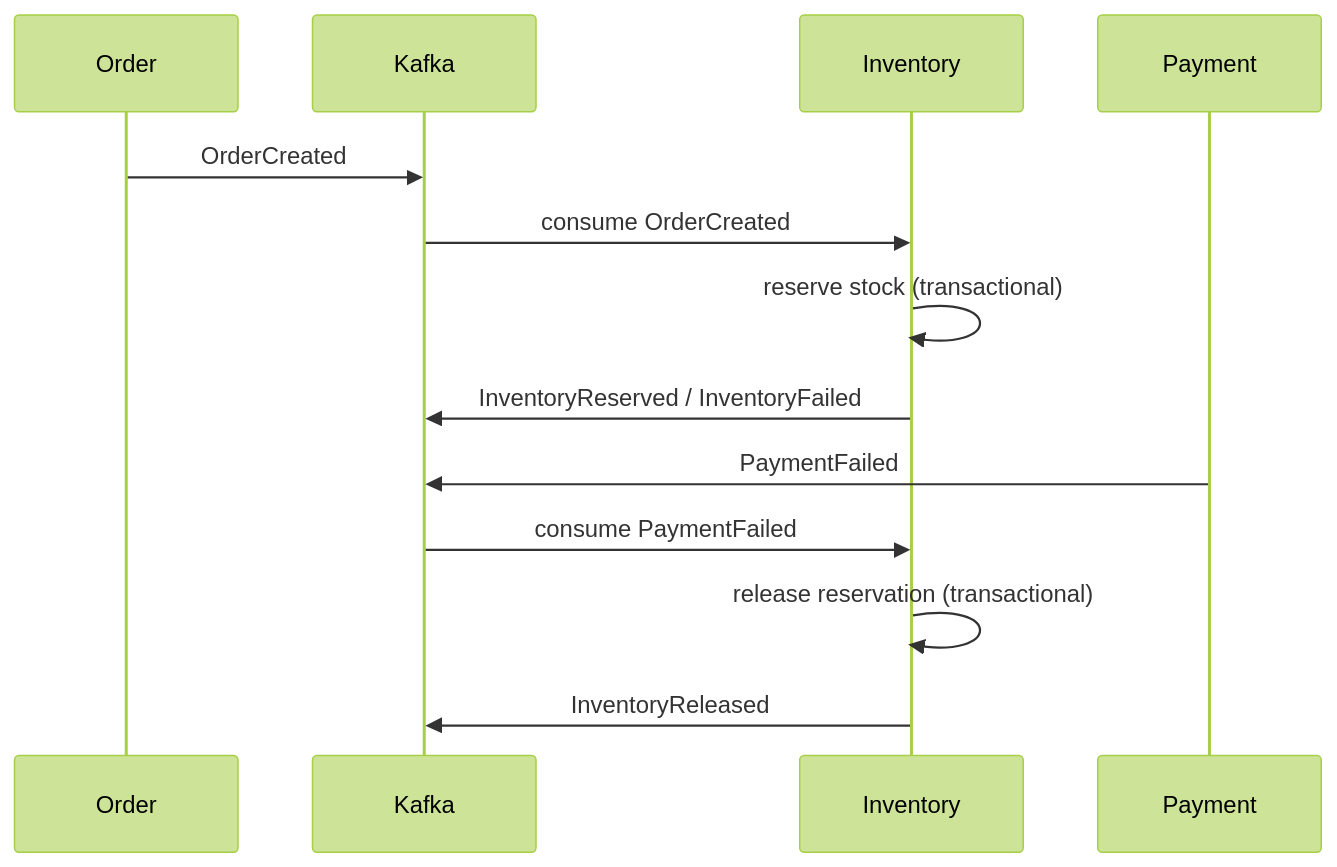
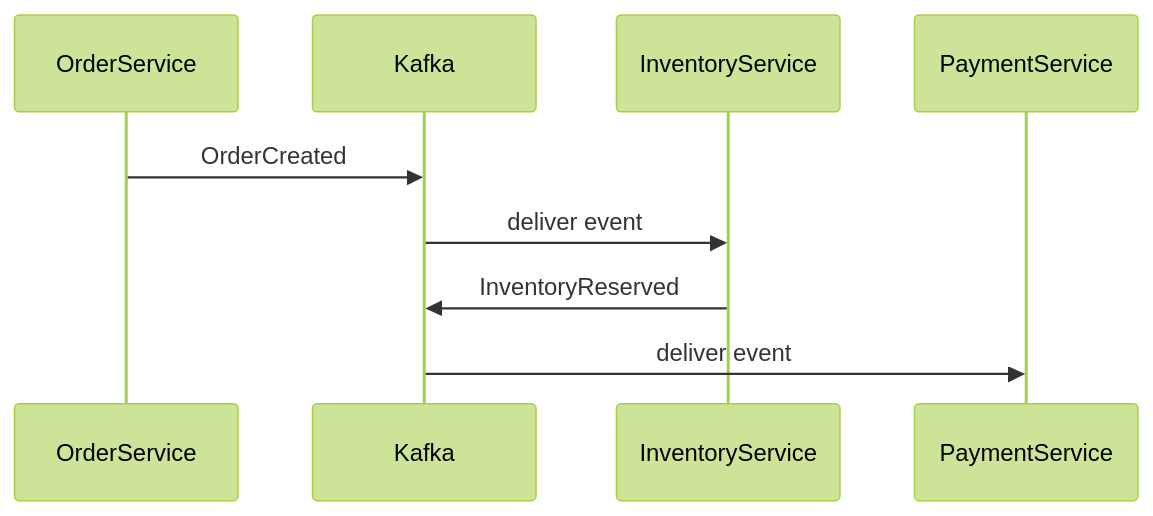
One commit to KhabRanel/oms-microservices changed the first of 2 diagrams in inventory-service/README.md. Above: the diagram before and after it, drawn with Mermaid (forest theme). The commit also changed other lines of this file and 2 other files, not shown here.

````diff
--- a/inventory-service/README.md
+++ b/inventory-service/README.md
@@ -27,17 +46,14 @@
 ```mermaid
 sequenceDiagram
-    participant Order
-    participant Kafka
-    participant Inventory
-    participant Payment
 
-    Order->>Kafka: OrderCreated
-    Kafka->>Inventory: consume OrderCreated
-    Inventory->>Inventory: reserve stock (transactional)
-    Inventory->>Kafka: InventoryReserved / InventoryFailed
+participant OrderService
+participant Kafka
+participant InventoryService
+participant PaymentService
 
-    Payment->>Kafka: PaymentFailed
-    Kafka->>Inventory: consume PaymentFailed
-    Inventory->>Inventory: release reservation (transactional)
-    Inventory->>Kafka: InventoryReleased
+OrderService->>Kafka: OrderCreated
+Kafka->>InventoryService: deliver event
+
+InventoryService->>Kafka: InventoryReserved
+Kafka->>PaymentService: deliver event
 ```
````
